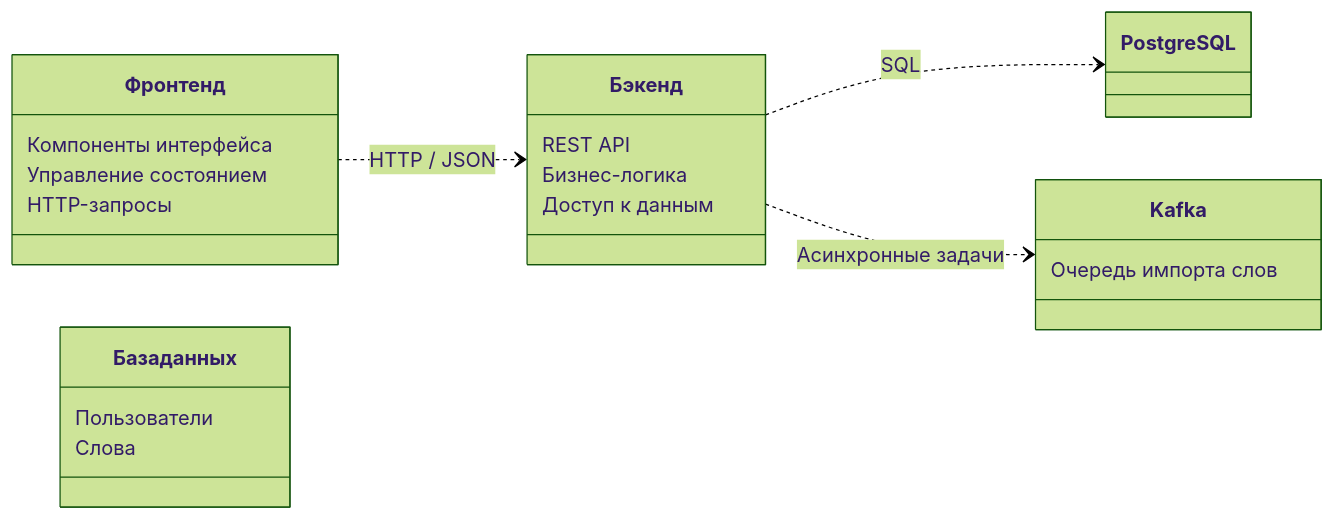
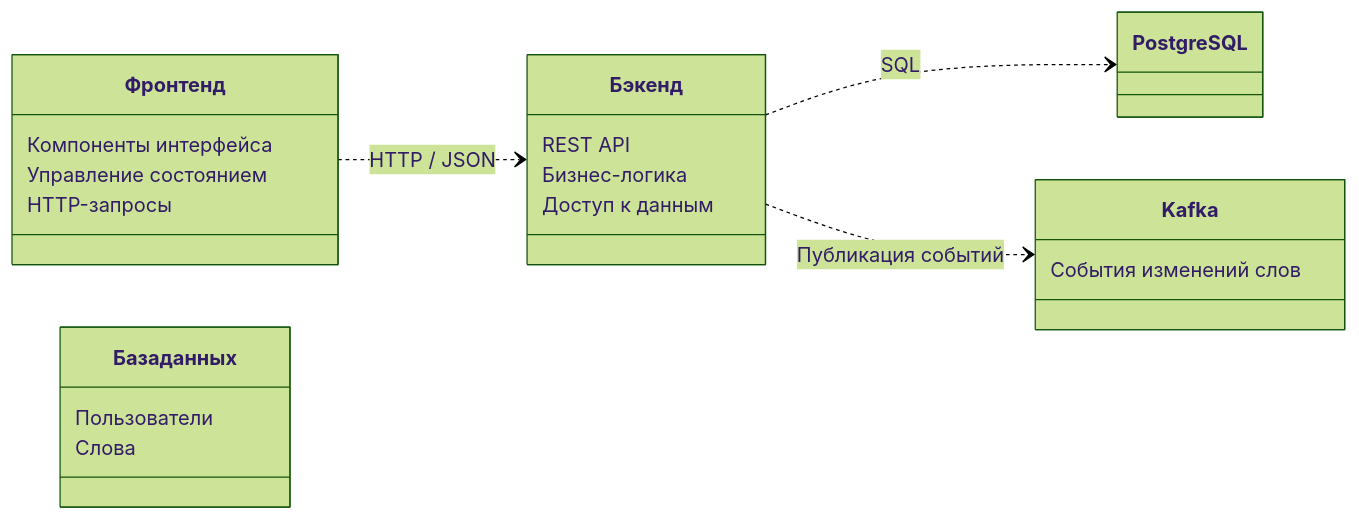
Before and after one commit to MindlessMuse666/j-dict: the second of 2 diagrams in README.md, drawn with Mermaid (forest theme). The commit also changed other lines of this file and 9 other files, not shown here.

````diff
--- a/README.md
+++ b/README.md
@@ -85,33 +86,33 @@
 ```mermaid
 classDiagram
     direction LR
 
     class Фронтенд {
         Компоненты интерфейса
         Управление состоянием
         HTTP-запросы
     }
 
     class Бэкенд {
         REST API
         Бизнес-логика
         Доступ к данным
     }
 
     class База данных {
         Пользователи
         Слова
     }
 
     class Kafka {
-        Очередь импорта слов
+        События изменений слов
     }
 
     Фронтенд ..> Бэкенд : HTTP / JSON
     Бэкенд ..> PostgreSQL : SQL
-    Бэкенд ..> Kafka : Асинхронные задачи
+    Бэкенд ..> Kafka : Публикация событий
 
     classDef frontend fill:#E3F2FD,stroke:#1E88E5,stroke-width:2px
     classDef backend fill:#E8F5E9,stroke:#43A047,stroke-width:2px
     classDef infra fill:#FFFDE7,stroke:#F9A825,stroke-width:2px
 ```
````
